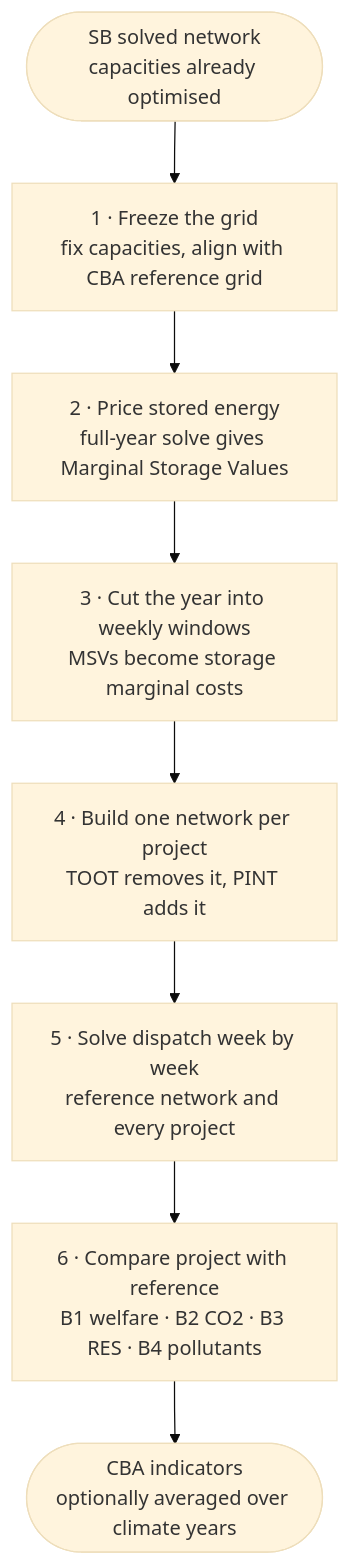
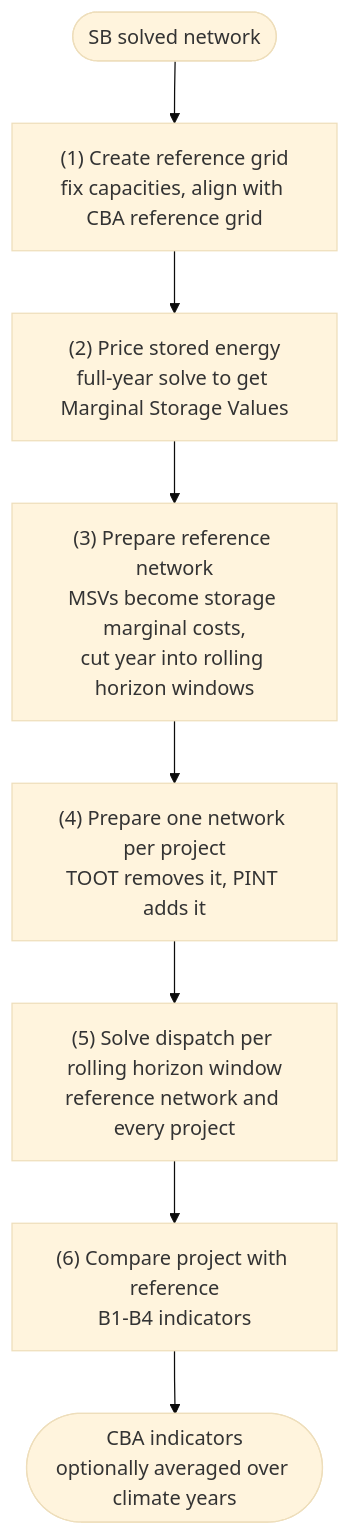
The first of 2 diagrams in doc/cba.md (open-energy-transition/open-tyndp), drawn with Mermaid (base theme) before and after one commit. The commit also changed other lines of this file, not shown here.

Commit message:
docs: edit diagram text

````diff
--- a/doc/cba.md
+++ b/doc/cba.md
@@ -23,13 +23,13 @@
 ```mermaid
 flowchart TD
-    SB(["SB solved network<br/>capacities already optimised"])
-    S1["1 · Freeze the grid<br/>fix capacities, align with CBA reference grid"]
-    S2["2 · Price stored energy<br/>full-year solve gives Marginal Storage Values"]
-    S3["3 · Cut the year into weekly windows<br/>MSVs become storage marginal costs"]
-    S4["4 · Build one network per project<br/>TOOT removes it, PINT adds it"]
-    S5["5 · Solve dispatch week by week<br/>reference network and every project"]
-    S6["6 · Compare project with reference<br/>B1 welfare · B2 CO2 · B3 RES · B4 pollutants"]
+    SB(["SB solved network"])
+    S1["(1) Create reference grid<br/>fix capacities, align with CBA reference grid"]
+    S2["(2) Price stored energy<br/>full-year solve to get Marginal Storage Values"]
+    S3["(3) Prepare reference network<br/>MSVs become storage marginal costs,<br/>cut year into rolling horizon windows"]
+    S4["(4) Prepare one network per project<br/>TOOT removes it, PINT adds it"]
+    S5["(5) Solve dispatch per rolling horizon window<br/>reference network and every project"]
+    S6["(6) Compare project with reference<br/>B1-B4 indicators"]
     OUT(["CBA indicators<br/>optionally averaged over climate years"])
 
     SB --> S1 --> S2 --> S3 --> S4 --> S5 --> S6 --> OUT
 ```
````
